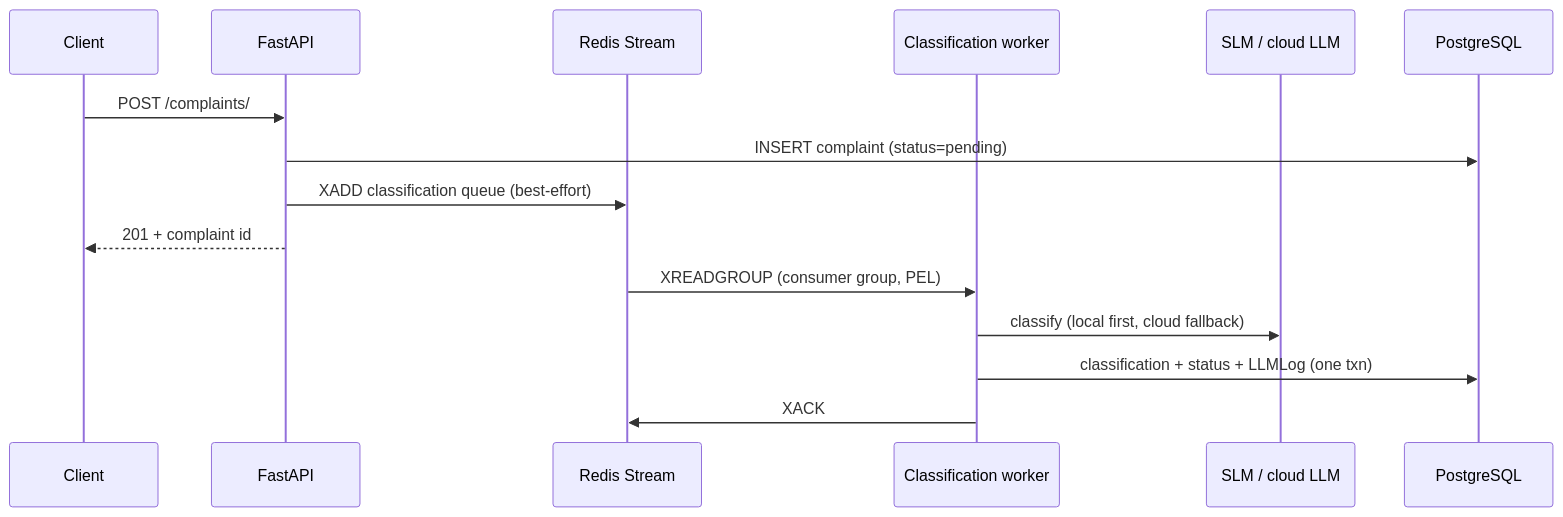
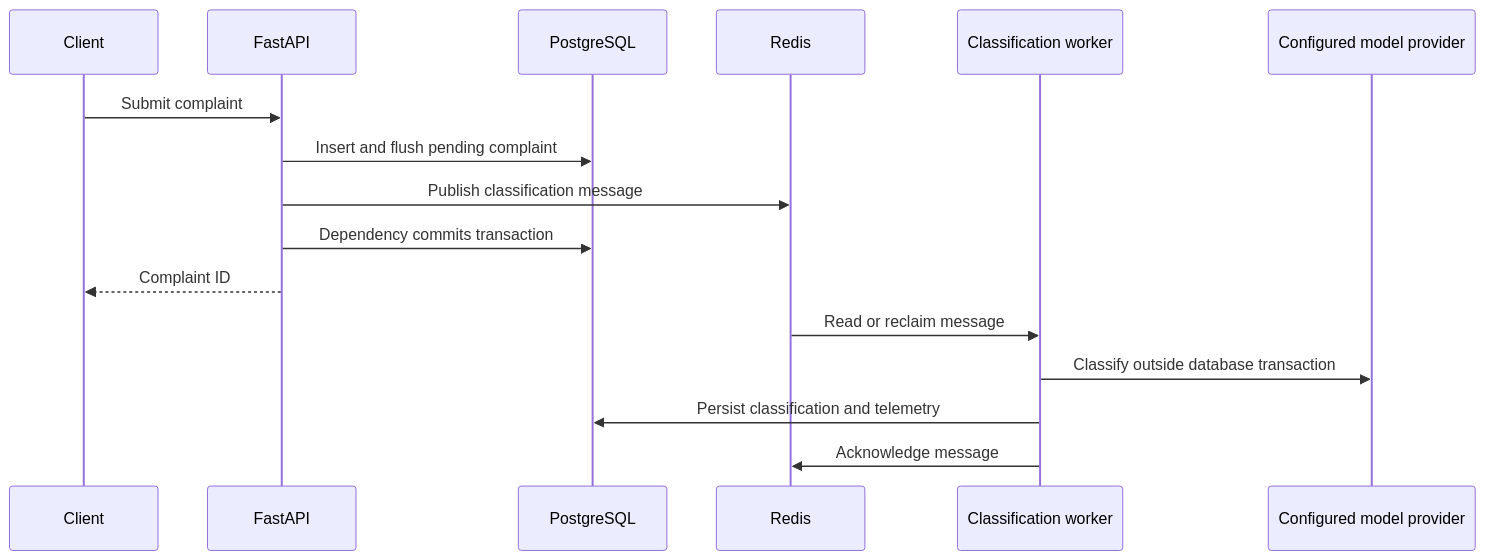
The diagram in docs/architecture.md (deeason7/ResolveAI), drawn with Mermaid before and after one commit. The commit also changed other lines of this file and 42 other files, not shown here.

````diff
--- a/docs/architecture.md
+++ b/docs/architecture.md
@@ -38,18 +32,18 @@
 ```mermaid
 sequenceDiagram
     participant U as Client
     participant API as FastAPI
-    participant R as Redis Stream
-    participant CW as Classification worker
-    participant LLM as SLM / cloud LLM
     participant PG as PostgreSQL
-
-    U->>API: POST /complaints/
-    API->>PG: INSERT complaint (status=pending)
-    API->>R: XADD classification queue (best-effort)
-    API-->>U: 201 + complaint id
-    R->>CW: XREADGROUP (consumer group, PEL)
-    CW->>LLM: classify (local first, cloud fallback)
-    CW->>PG: classification + status + LLMLog (one txn)
-    CW->>R: XACK
+    participant R as Redis
+    participant W as Classification worker
+    participant L as Configured model provider
+    U->>API: Submit complaint
+    API->>PG: Insert and flush pending complaint
+    API->>R: Publish classification message
+    API->>PG: Dependency commits transaction
+    API-->>U: Complaint ID
+    R->>W: Read or reclaim message
+    W->>L: Classify outside database transaction
+    W->>PG: Persist classification and telemetry
+    W->>R: Acknowledge message
 ```
````
